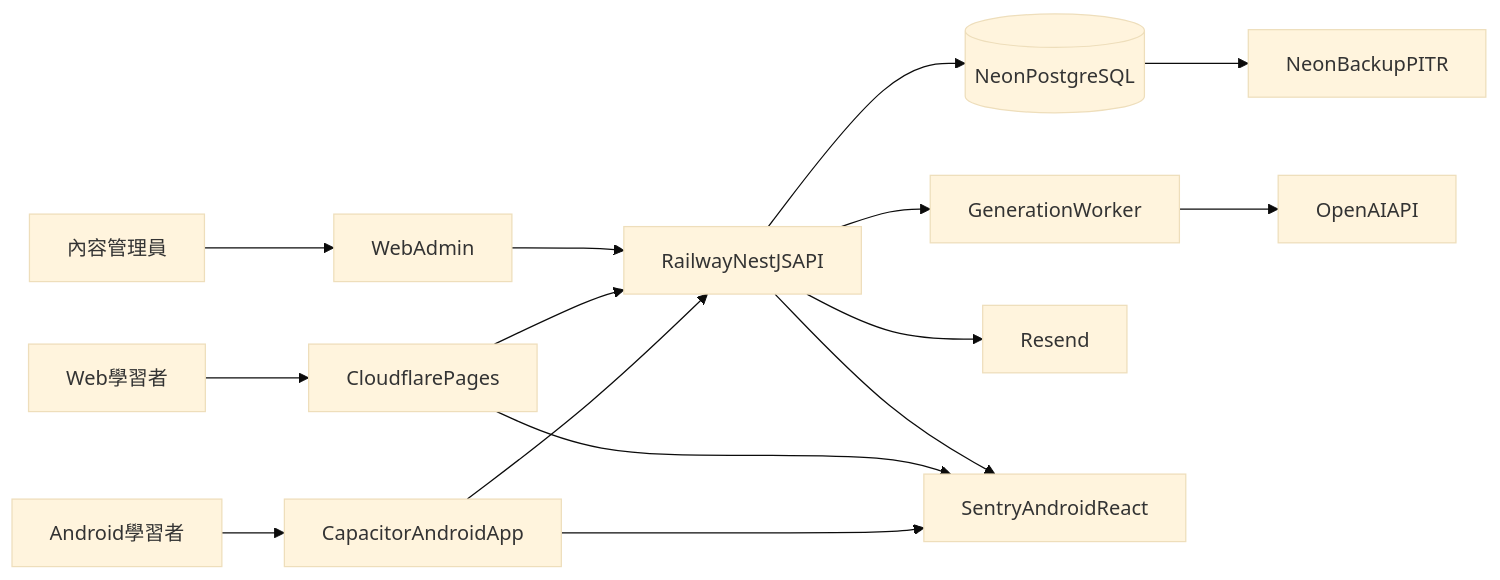
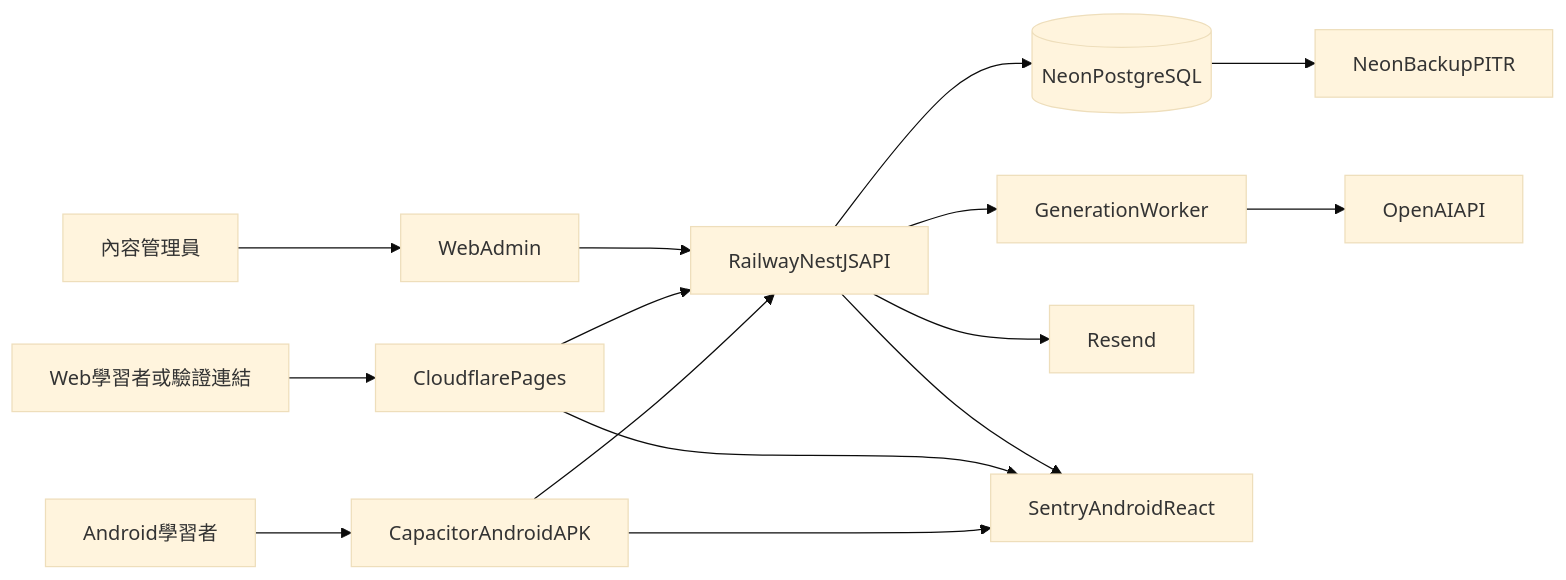
One commit to PJ7eng/ChunkMethodEnglishLearningProject changed the diagram in docs/V1_PLAN.md. Above: the diagram before and after it, drawn with Mermaid (base theme). The commit also changed other lines of this file and 58 other files, not shown here.

First line of the commit message:
Improve Admin generation flow: confirm before create, lock until the job finishes, and allow the same category twice in one day.

````diff
--- a/docs/V1_PLAN.md
+++ b/docs/V1_PLAN.md
@@ -41,17 +38,17 @@
 ```mermaid
 flowchart LR
-  AndroidUser[Android學習者] --> AndroidApp[CapacitorAndroidApp]
+  AndroidUser[Android學習者] --> AndroidApp[CapacitorAndroidAPK]
   AndroidApp --> API[RailwayNestJSAPI]
-  WebUser[Web學習者] --> WebApp[CloudflarePages]
+  WebUser[Web學習者或驗證連結] --> WebApp[CloudflarePages]
   Admin[內容管理員] --> AdminWeb[WebAdmin]
   WebApp --> API
   AdminWeb --> API
   API --> DB[(NeonPostgreSQL)]
   API --> Worker[GenerationWorker]
   Worker --> LLM[OpenAIAPI]
   API --> Email[Resend]
   AndroidApp --> Sentry[SentryAndroidReact]
   WebApp --> Sentry
   API --> Sentry
   DB --> Backup[NeonBackupPITR]
 ```
````
